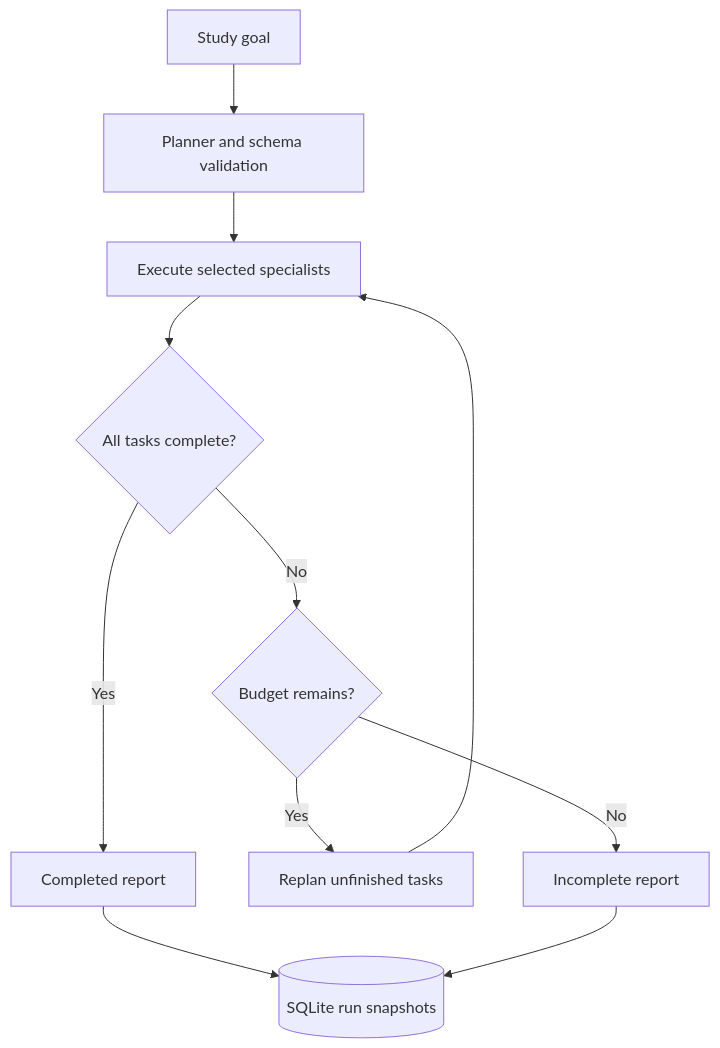
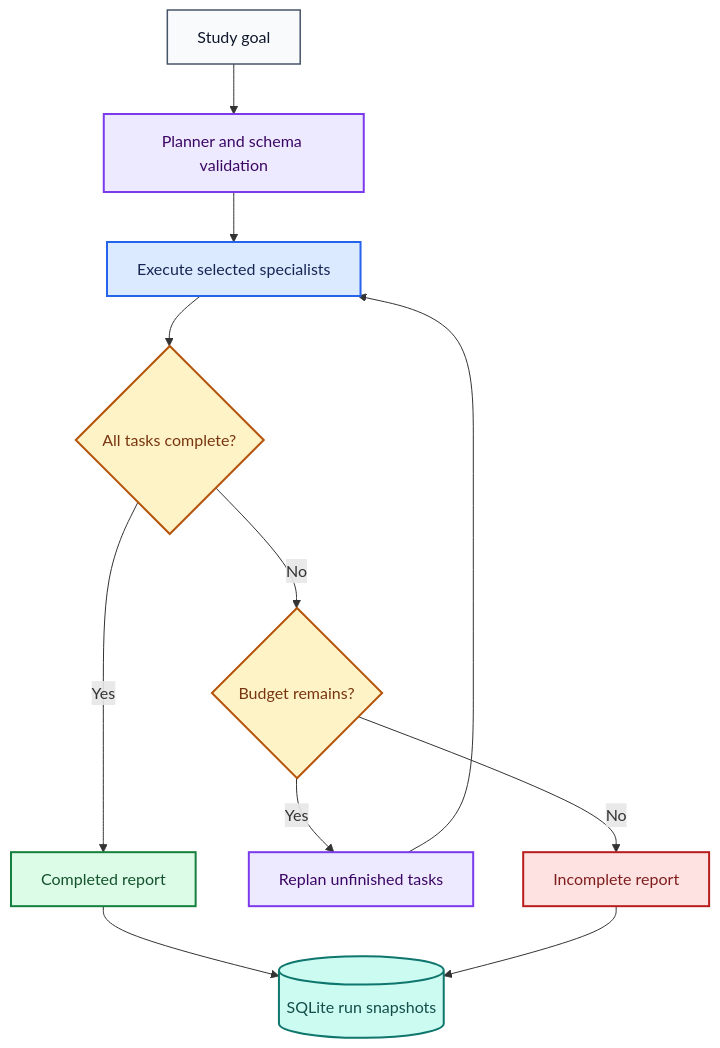
One commit to anne500/multi-agent-study-guide changed diagram 16 of 20 in docs/ARCHITECTURE.md. Above: the diagram before and after it, drawn with Mermaid. The commit also changed other lines of this file and 7 other files, not shown here.

Commit message:
Add visual learning map and color-coded architecture documentation

````diff
--- a/docs/ARCHITECTURE.md
+++ b/docs/ARCHITECTURE.md
@@ -319,13 +440,27 @@
 ```mermaid
 flowchart TD
     A[Study goal] --> B[Planner and schema validation]
     B --> C[Execute selected specialists]
     C --> D{All tasks complete?}
     D -->|Yes| E[Completed report]
     D -->|No| F{Budget remains?}
     F -->|Yes| G[Replan unfinished tasks]
     G --> C
     F -->|No| H[Incomplete report]
     E --> I[(SQLite run snapshots)]
     H --> I
+
+    classDef default fill:#F8FAFC,stroke:#475569,color:#0F172A,stroke-width:1.5px;
+    classDef model fill:#EDE9FE,stroke:#7C3AED,color:#3B0764,stroke-width:2px;
+    class B,G model;
+    classDef logic fill:#DBEAFE,stroke:#2563EB,color:#172554,stroke-width:2px;
+    class C logic;
+    classDef decision fill:#FEF3C7,stroke:#B45309,color:#78350F,stroke-width:2px;
+    class D,F decision;
+    classDef success fill:#DCFCE7,stroke:#15803D,color:#14532D,stroke-width:2px;
+    class E success;
+    classDef failure fill:#FEE2E2,stroke:#B91C1C,color:#7F1D1D,stroke-width:2px;
+    class H failure;
+    classDef store fill:#CCFBF1,stroke:#0F766E,color:#134E4A,stroke-width:2px;
+    class I store;
 ```
````
